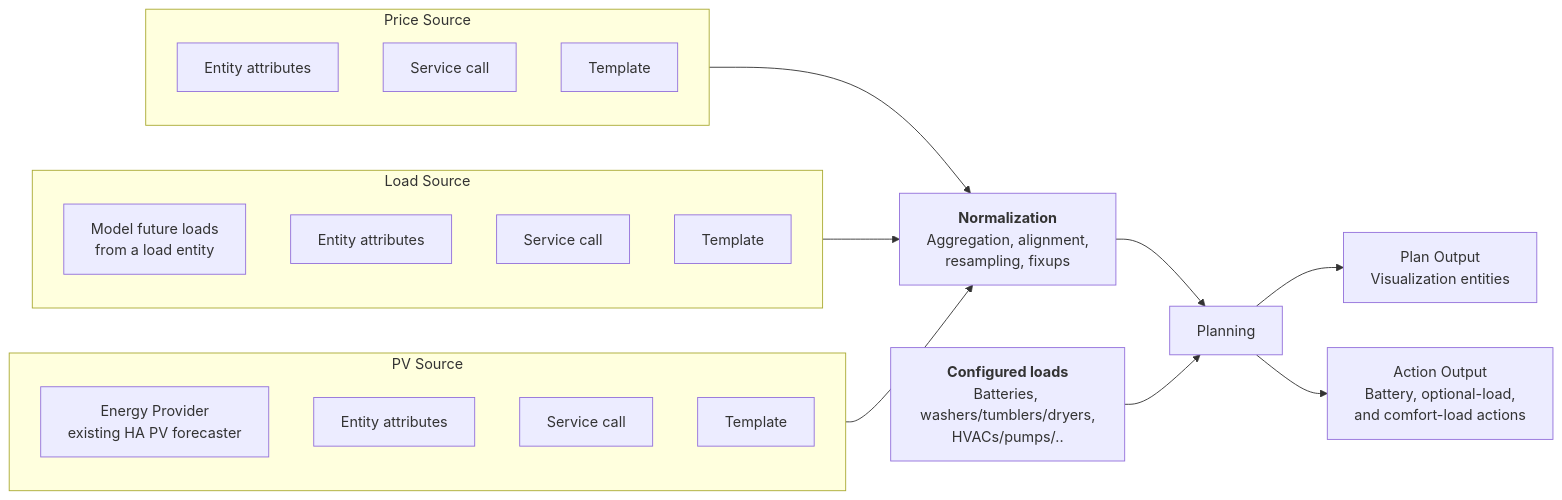
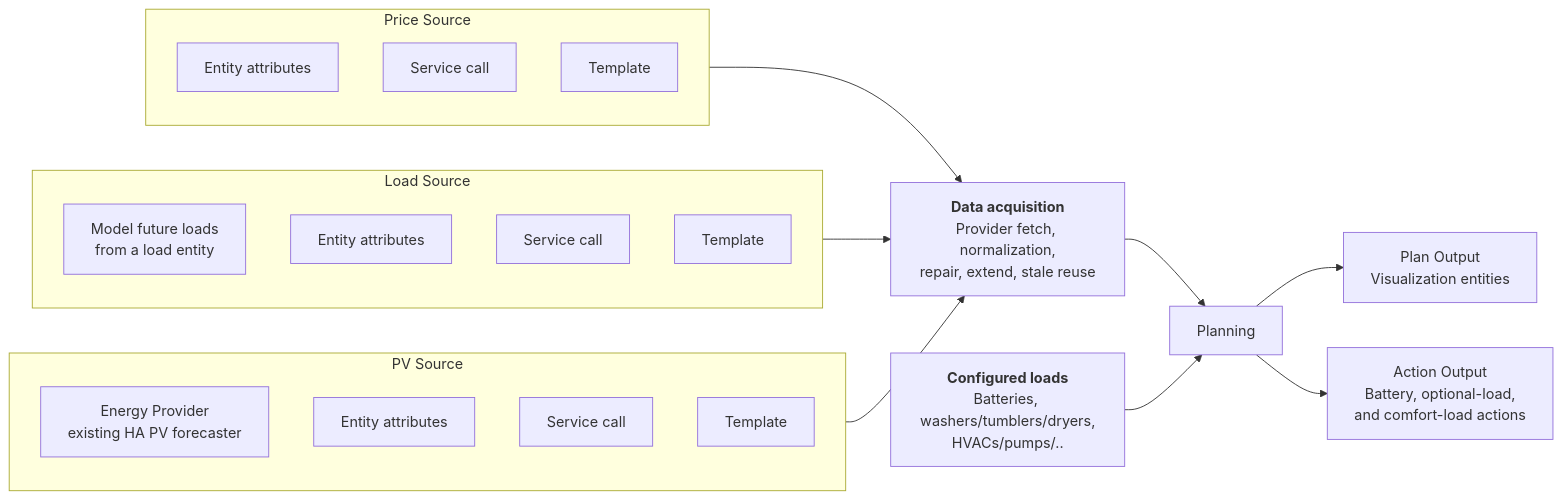
The diagram in docs/architecture.md (LordMike/WattPlan), drawn with Mermaid before and after one commit. The commit also changed other lines of this file and 1 other file, not shown here.

````diff
--- a/docs/architecture.md
+++ b/docs/architecture.md
@@ -44,38 +59,38 @@
 ```mermaid
 flowchart LR
   subgraph Price[Price Source]
     P1[Entity attributes]
     P2[Service call]
     P3[Template]
   end
 
   subgraph Load[Load Source]
     L1[Model future loads<br/>from a load entity]
     L2[Entity attributes]
     L3[Service call]
     L4[Template]
   end
 
   subgraph PV[PV Source]
     V1[Energy Provider<br/>existing HA PV forecaster]
     V2[Entity attributes]
     V3[Service call]
     V4[Template]
   end
 
-  N[<b>Normalization</b><br/>Aggregation, alignment,<br/>resampling, fixups]
+  N[<b>Data acquisition</b><br/>Provider fetch, normalization,<br/>repair, extend, stale reuse]
   Loads[<b>Configured loads</b><br/>Batteries, washers/tumblers/dryers,<br/>HVACs/pumps/..]
   Plan[Planning]
   V[Plan Output<br/>Visualization entities]
   A[Action Output<br/>Battery, optional-load,<br/>and comfort-load actions]
 
   Price --> N
   Load --> N
   PV --> N
 
   N --> Plan
   Loads --> Plan
 
   Plan --> V
   Plan --> A
 ```
````
